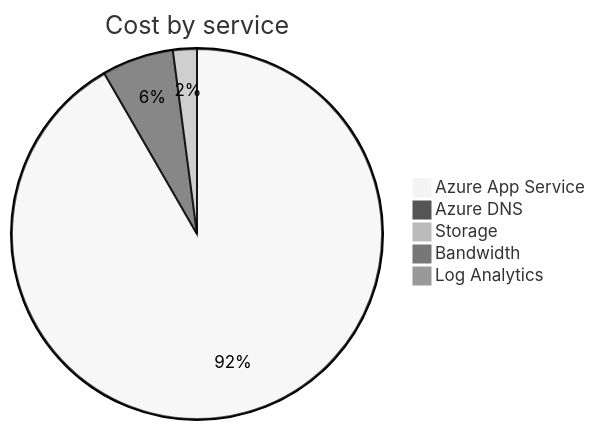
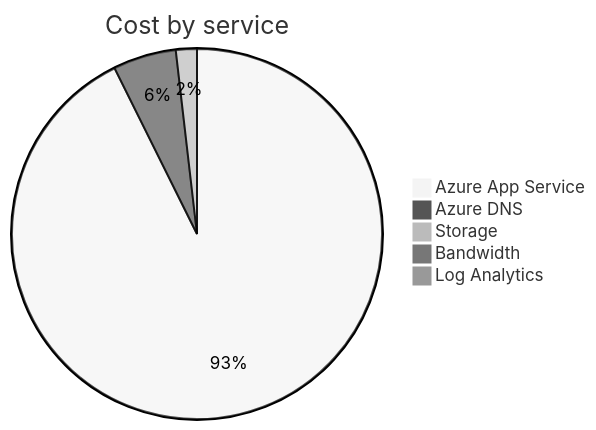
Before and after one commit to jpfulton/azure-personal-reports: the second of 4 diagrams in cost-reports/accumulated-cost.md, drawn with Mermaid (neutral theme). The commit also changed other lines of this file and 4 other files, not shown here.

````diff
--- a/cost-reports/accumulated-cost.md
+++ b/cost-reports/accumulated-cost.md
@@ -99,9 +99,9 @@
 ```mermaid
 pie
    title Cost by service
-   "Azure App Service" : 0.44
-   "Azure DNS" : 0.03
-   "Storage" : 0.01
+   "Azure App Service" : 1.01
+   "Azure DNS" : 0.06
+   "Storage" : 0.02
    "Bandwidth" : 0.00
    "Log Analytics" : 0.00
 ```
````
